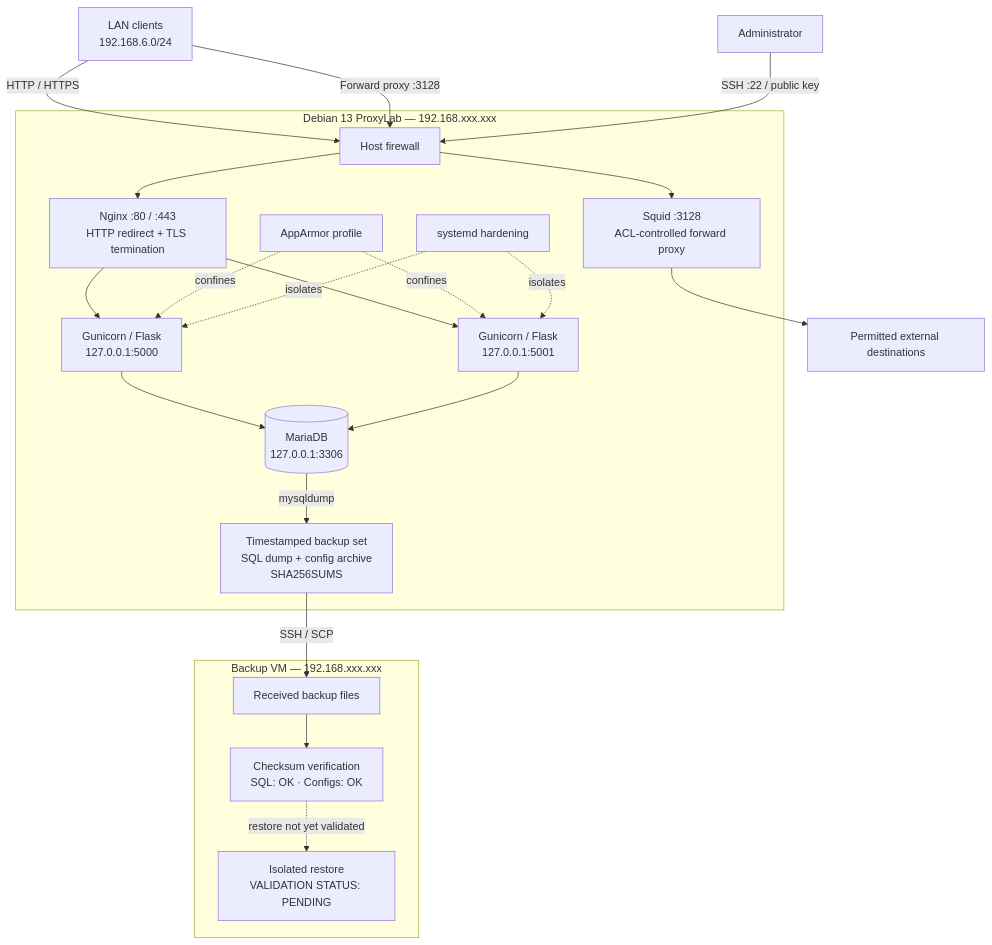
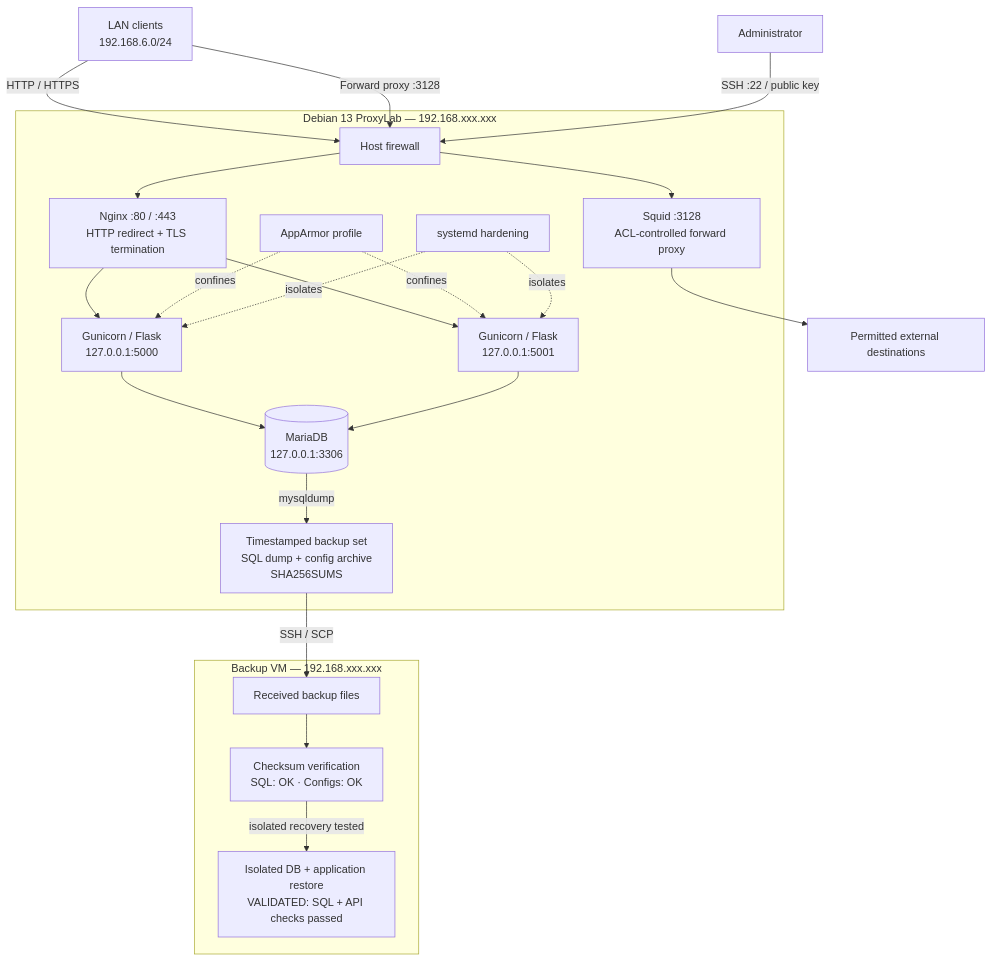
The diagram in README.md (Rash499/ProxyLab), drawn with Mermaid before and after one commit. The commit also changed other lines of this file, not shown here.

Commit message:
docs: mark isolated restore validation complete

````diff
--- a/README.md
+++ b/README.md
@@ -11,28 +11,28 @@
 ```mermaid
 flowchart TB
   Client["LAN clients<br/>192.168.6.0/24"] -->|"HTTP / HTTPS"| FW["Host firewall"]
   Client -->|"Forward proxy :3128"| FW
   Admin["Administrator"] -->|"SSH :22 / public key"| FW
   subgraph VM["Debian 13 ProxyLab — 192.168.xxx.xxx"]
     FW --> N["Nginx :80 / :443<br/>HTTP redirect + TLS termination"]
     FW --> S["Squid :3128<br/>ACL-controlled forward proxy"]
     N --> B1["Gunicorn / Flask<br/>127.0.0.1:5000"]
     N --> B2["Gunicorn / Flask<br/>127.0.0.1:5001"]
     B1 --> DB[("MariaDB<br/>127.0.0.1:3306")]
     B2 --> DB
     AA["AppArmor profile"] -. confines .-> B1
     AA -. confines .-> B2
     SD["systemd hardening"] -. isolates .-> B1
     SD -. isolates .-> B2
     DB -->|"mysqldump"| BK["Timestamped backup set<br/>SQL dump + config archive<br/>SHA256SUMS"]
   end
   S --> Internet["Permitted external destinations"]
   subgraph Recovery["Backup VM — 192.168.xxx.xxx"]
     DST["Received backup files"]
     VERIFY["Checksum verification<br/>SQL: OK · Configs: OK"]
-    RESTORE["Isolated restore<br/>VALIDATION STATUS: PENDING"]
+    RESTORE["Isolated DB + application restore<br/>VALIDATED: SQL + API checks passed"]
     DST --> VERIFY
-    VERIFY -. "restore not yet validated" .-> RESTORE
+    VERIFY -->|"isolated recovery tested"| RESTORE
   end
   BK -->|"SSH / SCP"| DST
 ```
````
